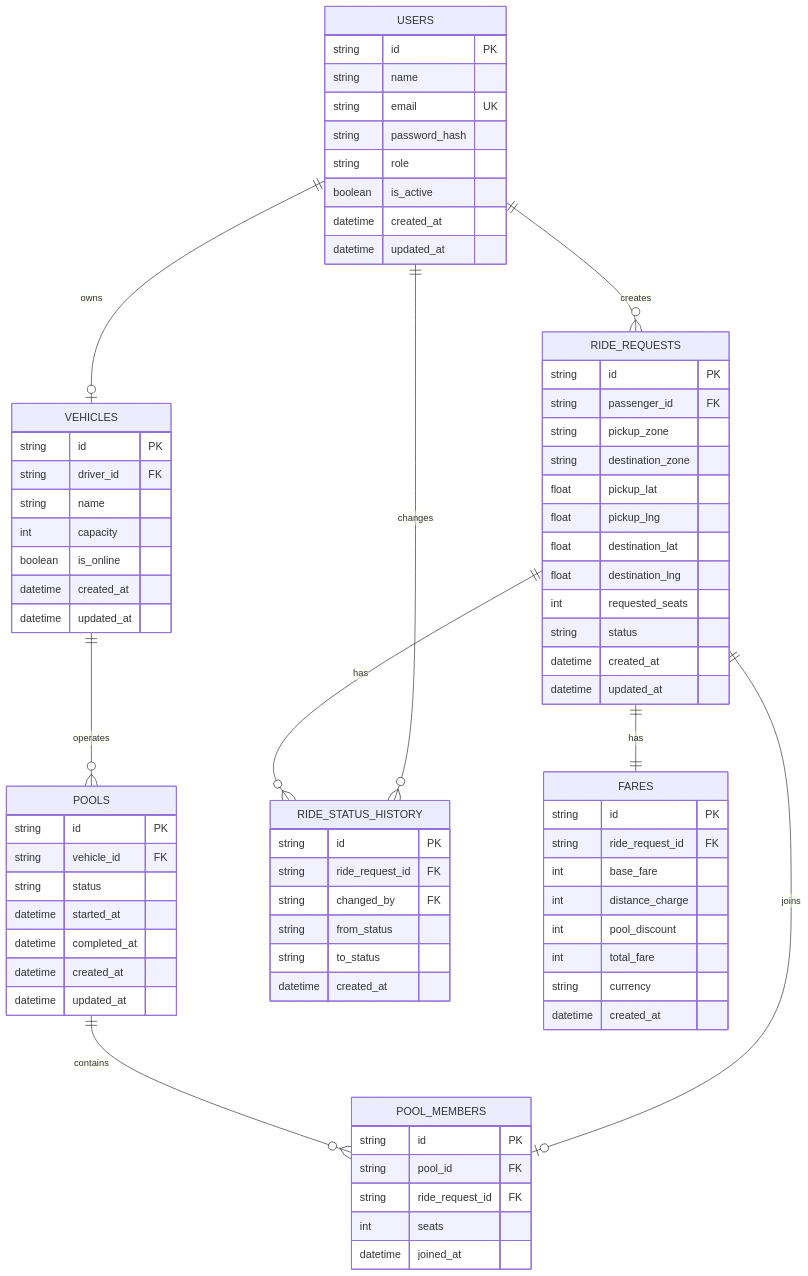
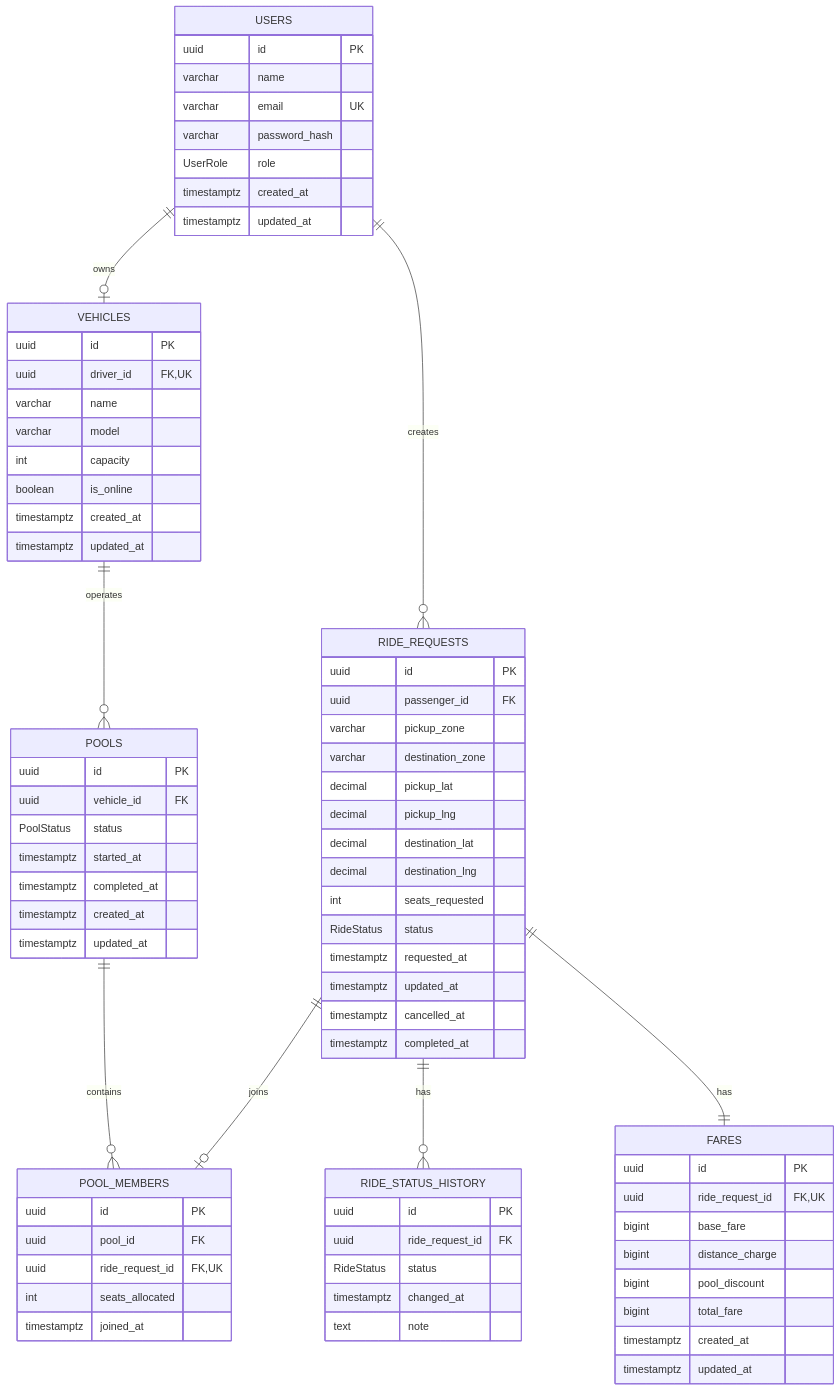
Before and after one commit to azmain-arnob/dhaka-tesla-pool: the diagram in docs/erd.md, drawn with Mermaid. The commit also changed other lines of this file, not shown here.

Commit message:
docs: align ERD with database schema

````diff
--- a/docs/erd.md
+++ b/docs/erd.md
@@ -9,80 +13,80 @@
     POOLS ||--o{ POOL_MEMBERS : contains
     RIDE_REQUESTS ||--o| POOL_MEMBERS : joins
     RIDE_REQUESTS ||--o{ RIDE_STATUS_HISTORY : has
-    USERS ||--o{ RIDE_STATUS_HISTORY : changes
     RIDE_REQUESTS ||--|| FARES : has
 
     USERS {
-        string id PK
-        string name
-        string email UK
-        string password_hash
-        string role
-        boolean is_active
-        datetime created_at
-        datetime updated_at
+        uuid id PK
+        varchar name
+        varchar email UK
+        varchar password_hash
+        UserRole role
+        timestamptz created_at
+        timestamptz updated_at
     }
 
     VEHICLES {
-        string id PK
-        string driver_id FK
-        string name
+        uuid id PK
+        uuid driver_id FK,UK
+        varchar name
+        varchar model
         int capacity
         boolean is_online
-        datetime created_at
-        datetime updated_at
+        timestamptz created_at
+        timestamptz updated_at
     }
 
     RIDE_REQUESTS {
-        string id PK
-        string passenger_id FK
-        string pickup_zone
-        string destination_zone
-        float pickup_lat
-        float pickup_lng
-        float destination_lat
-        float destination_lng
-        int requested_seats
-        string status
-        datetime created_at
-        datetime updated_at
+        uuid id PK
+        uuid passenger_id FK
+        varchar pickup_zone
+        varchar destination_zone
+        decimal pickup_lat
+        decimal pickup_lng
+        decimal destination_lat
+        decimal destination_lng
+        int seats_requested
+        RideStatus status
+        timestamptz requested_at
+        timestamptz updated_at
+        timestamptz cancelled_at
+        timestamptz completed_at
     }
 
     POOLS {
-        string id PK
-        string vehicle_id FK
-        string status
-        datetime started_at
-        datetime completed_at
-        datetime created_at
-        datetime updated_at
+        uuid id PK
+        uuid vehicle_id FK
+        PoolStatus status
+        timestamptz started_at
+        timestamptz completed_at
+        timestamptz created_at
+        timestamptz updated_at
     }
 
     POOL_MEMBERS {
-        string id PK
-        string pool_id FK
-        string ride_request_id FK
-        int seats
-        datetime joined_at
+        uuid id PK
+        uuid pool_id FK
+        uuid ride_request_id FK,UK
+        int seats_allocated
+        timestamptz joined_at
     }
 
     RIDE_STATUS_HISTORY {
-        string id PK
-        string ride_request_id FK
-        string changed_by FK
-        string from_status
-        string to_status
-        datetime created_at
+        uuid id PK
+        uuid ride_request_id FK
+        RideStatus status
+        timestamptz changed_at
+        text note
     }
 
     FARES {
-        string id PK
-        string ride_request_id FK
-        int base_fare
-        int distance_charge
-        int pool_discount
-        int total_fare
-        string currency
-        datetime created_at
+        uuid id PK
+        uuid ride_request_id FK,UK
+        bigint base_fare
+        bigint distance_charge
+        bigint pool_discount
+        bigint total_fare
+        timestamptz created_at
+        timestamptz updated_at
     }
 ```
````
